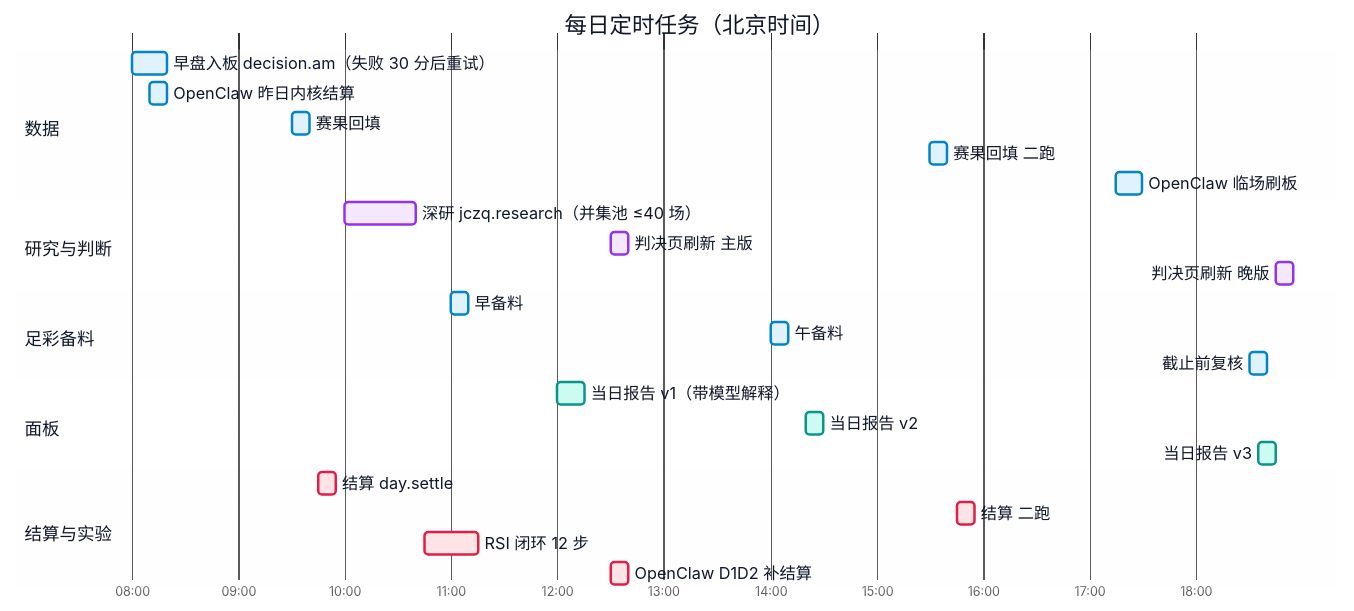
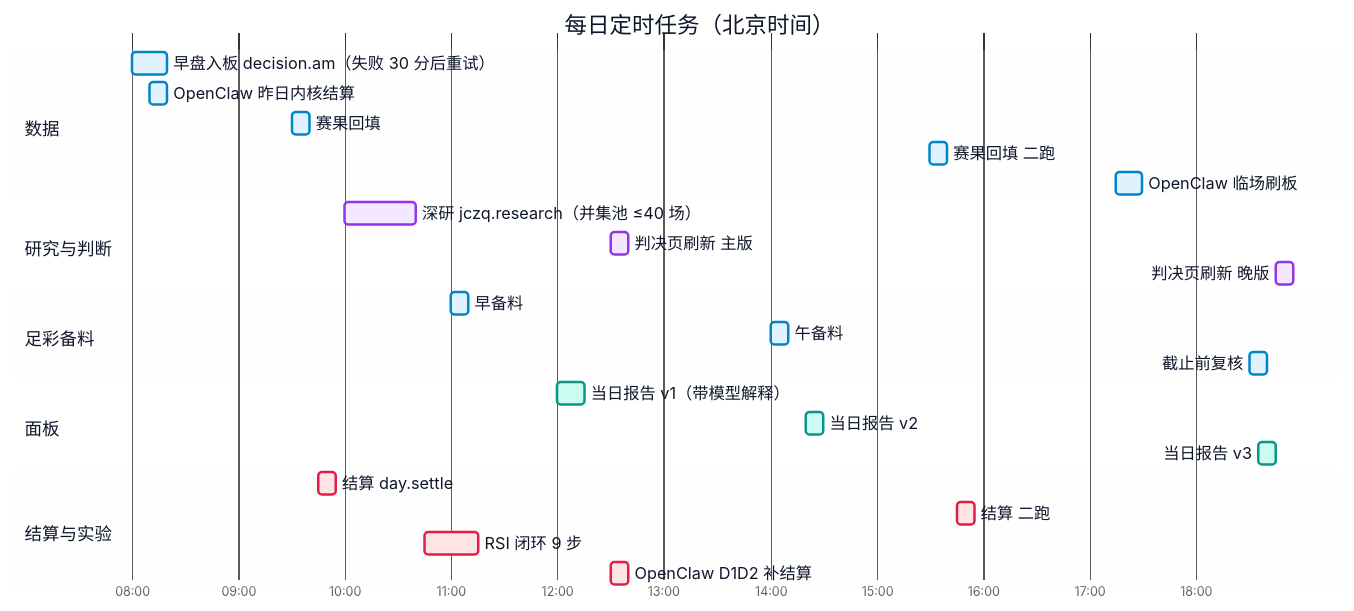
One commit to Jerenus/Nutmeg changed the second of 11 diagrams in docs/ARCHITECTURE.md. Above: the diagram before and after it, drawn with Mermaid. The commit also changed other lines of this file and 71 other files, not shown here.

````diff
--- a/docs/ARCHITECTURE.md
+++ b/docs/ARCHITECTURE.md
@@ -151,30 +151,30 @@
 ```mermaid
 %%{init: {"theme": "base", "themeCSS": ".grid .tick line { stroke: #E2E8F0; } .grid path { stroke: none; } .sectionTitle { font-weight: 600; }", "themeVariables": {"fontSize": "14px", "taskBkgColor": "#F3E8FF", "taskBorderColor": "#9333EA", "doneTaskBkgColor": "#E0F2FE", "doneTaskBorderColor": "#0284C7", "activeTaskBkgColor": "#CCFBF1", "activeTaskBorderColor": "#0D9488", "critBkgColor": "#FFE4E6", "critBorderColor": "#E11D48", "taskTextColor": "#0F172A", "taskTextDarkColor": "#0F172A", "taskTextOutsideColor": "#0F172A", "taskTextLightColor": "#0F172A", "sectionBkgColor": "#F8FAFC", "altSectionBkgColor": "#FFFFFF", "sectionBkgColor2": "#F8FAFC", "gridColor": "#E2E8F0", "titleColor": "#0F172A", "todayLineColor": "transparent"}, "gantt": {"barHeight": 18, "barGap": 6, "topPadding": 40, "leftPadding": 96, "fontSize": 13, "sectionFontSize": 14}}}%%
 gantt
   title 每日定时任务（北京时间）
   dateFormat HH:mm
   axisFormat %H:%M
   section 数据
   早盘入板 decision.am（失败 30 分后重试）   :done, a1, 08:00, 20m
   OpenClaw 昨日内核结算                      :done, a2, 08:10, 10m
   赛果回填                                   :done, a3, 09:30, 10m
   赛果回填 二跑                              :done, a4, 15:30, 10m
   OpenClaw 临场刷板                          :done, a5, 17:15, 15m
   section 研究与判断
   深研 jczq.research（并集池 ≤40 场）        :b1, 10:00, 40m
   判决页刷新 主版                            :b2, 12:30, 10m
   判决页刷新 晚版                            :b3, 18:45, 10m
   section 足彩备料
   早备料                                     :done, c1, 11:00, 10m
   午备料                                     :done, c2, 14:00, 10m
   截止前复核                                 :done, c3, 18:30, 10m
   section 面板
   当日报告 v1（带模型解释）                  :active, d1, 12:00, 15m
   当日报告 v2                                :active, d2, 14:20, 10m
   当日报告 v3                                :active, d3, 18:35, 10m
   section 结算与实验
   结算 day.settle                            :crit, e1, 09:45, 10m
   结算 二跑                                  :crit, e2, 15:45, 10m
-  RSI 闭环 12 步                             :crit, e3, 10:45, 30m
+  RSI 闭环 9 步                              :crit, e3, 10:45, 30m
   OpenClaw D1D2 补结算                       :crit, e4, 12:30, 10m
 ```
````
